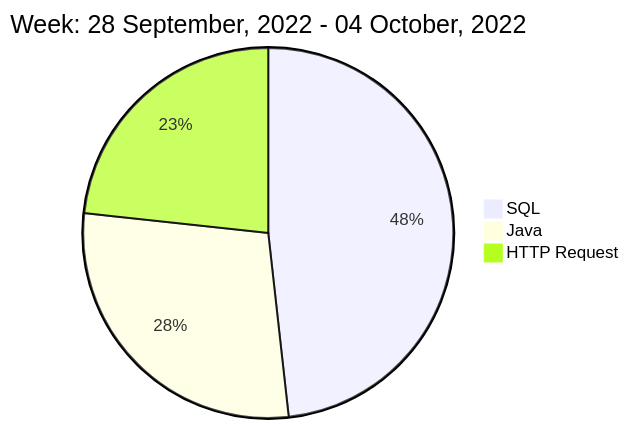
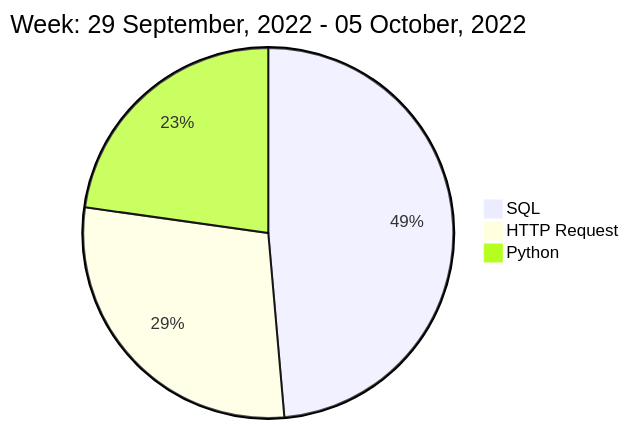
One commit to liubin95/liubin95 changed the diagram in README.md. Above: the diagram before and after it, drawn with Mermaid.

Commit message:
Updated the Graph with new Metrics

````diff
--- a/README.md
+++ b/README.md
@@ -40,7 +40,7 @@
 ```mermaid
  pie
-title Week: 28 September, 2022 - 04 October, 2022
- "SQL" : 2.32
- "Java" : 1.37
- "HTTP Request" : 1.12
+title Week: 29 September, 2022 - 05 October, 2022
+ "SQL" : 1.75
+ "HTTP Request" : 1.03
+ "Python" : 0.82
 ```
````
